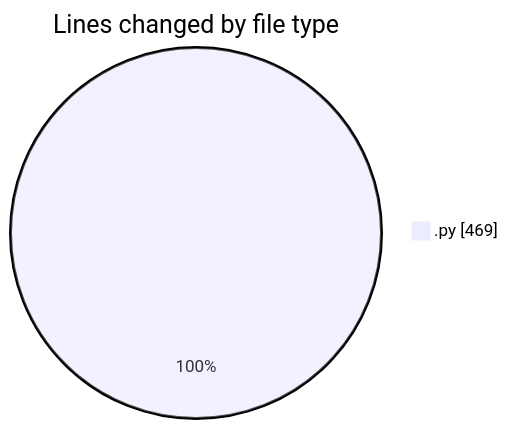
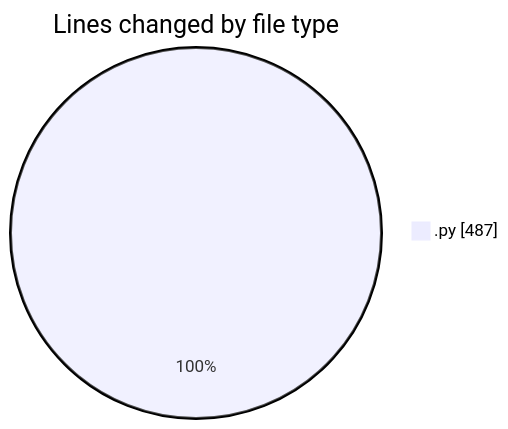
The first of 2 diagrams in 2025-10-08/eventscop-api-guide__workspace_/README.md (julien-gomy/code-tracking), drawn with Mermaid before and after one commit. The commit also changed other lines of this file and 1 other file, not shown here.

````diff
--- a/2025-10-08/eventscop-api-guide__workspace_/README.md
+++ b/2025-10-08/eventscop-api-guide__workspace_/README.md
@@ -20,5 +20,5 @@
 ```mermaid
 pie showData
 title Lines changed by file type
-".py" : 469
+".py" : 487
 ```
````
